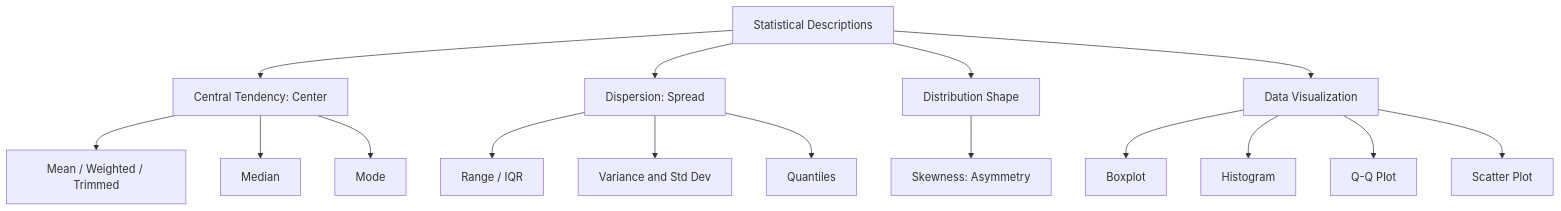
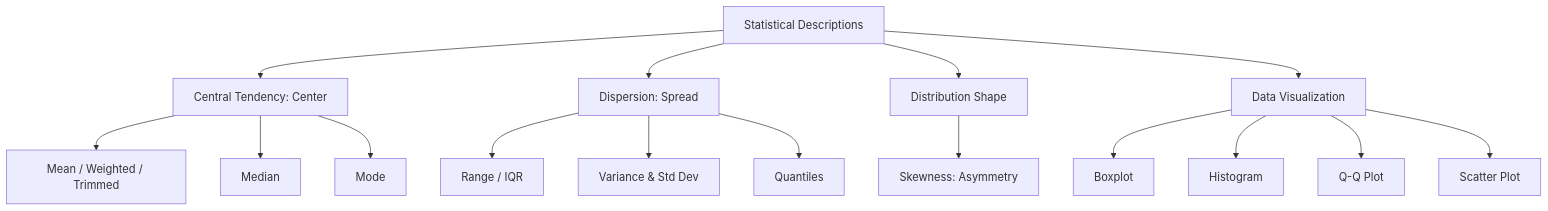
The diagram in notes/data_analysis/Chapter4_Statistical_Descriptions.md (DeepLumiere/DeepSkills), drawn with Mermaid before and after one commit. The commit also changed other lines of this file and 171 other files, not shown here.

````diff
--- a/notes/data_analysis/Chapter4_Statistical_Descriptions.md
+++ b/notes/data_analysis/Chapter4_Statistical_Descriptions.md
@@ -20,23 +22,23 @@
 ```mermaid
 graph TD
-    Stats["Statistical Descriptions"]
-    Stats --> CT["Central Tendency: Center"]
-    Stats --> Disp["Dispersion: Spread"]
-    Stats --> Shape["Distribution Shape"]
-    Stats --> Vis["Data Visualization"]
+    Stats[Statistical Descriptions]
+    Stats --> CT[Central Tendency: Center]
+    Stats --> Disp[Dispersion: Spread]
+    Stats --> Shape[Distribution Shape]
+    Stats --> Vis[Data Visualization]
 
-    CT --> Mean["Mean / Weighted / Trimmed"]
-    CT --> Med["Median"]
-    CT --> Mode["Mode"]
+    CT --> Mean[Mean / Weighted / Trimmed]
+    CT --> Med[Median]
+    CT --> Mode[Mode]
 
-    Disp --> Range["Range / IQR"]
-    Disp --> Var["Variance and Std Dev"]
-    Disp --> Quant["Quantiles"]
+    Disp --> Range[Range / IQR]
+    Disp --> Var[Variance & Std Dev]
+    Disp --> Quant[Quantiles]
 
-    Shape --> Skew["Skewness: Asymmetry"]
+    Shape --> Skew[Skewness: Asymmetry]
     
-    Vis --> Boxplot["Boxplot"]
-    Vis --> Histogram["Histogram"]
-    Vis --> QQPlot["Q-Q Plot"]
-    Vis --> Scatter["Scatter Plot"]
+    Vis --> Boxplot[Boxplot]
+    Vis --> Histogram[Histogram]
+    Vis --> QQPlot[Q-Q Plot]
+    Vis --> Scatter[Scatter Plot]
 ```
````
